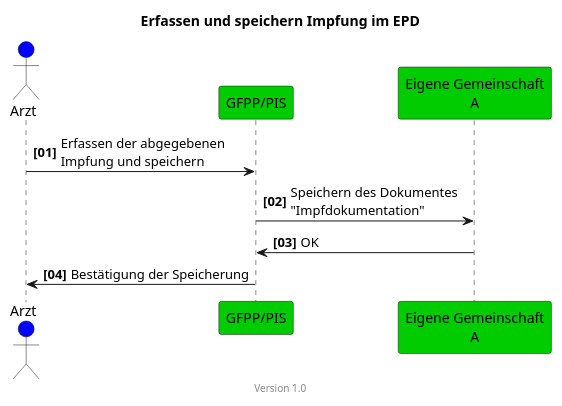
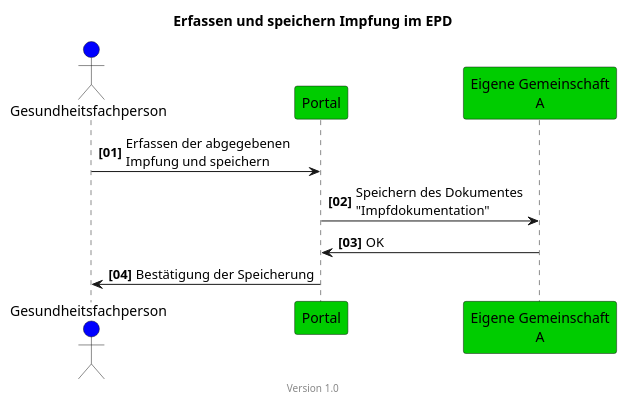
One commit to hl7ch/ch-vacd changed the diagram in input/images-source/epd-immunizationadmin-vaccination-doc-simple-de.plantuml. Above: the diagram before and after it, drawn with PlantUML. The commit also changed 12 other files, not shown here.

```diff
--- a/input/images-source/epd-immunizationadmin-vaccination-doc-simple-de.plantuml
+++ b/input/images-source/epd-immunizationadmin-vaccination-doc-simple-de.plantuml
@@ -1,18 +1,18 @@
 @startuml
 title Erfassen und speichern Impfung im EPD
 footer Version 1.0
 skinparam responseMessageBelowArrow true
 scale max 800 width
 
-actor Arzt #blue
-participant "GFPP/PIS" #00CC00
+actor Gesundheitsfachperson #blue
+participant "Portal" #00CC00
 participant "Eigene Gemeinschaft\nA" #00CC00
 
 autonumber "<b>[00]"
-Arzt -> "GFPP/PIS": Erfassen der abgegebenen \nImpfung und speichern
-"GFPP/PIS" -> "Eigene Gemeinschaft\nA": Speichern des Dokumentes\n"Impfdokumentation"
-"Eigene Gemeinschaft\nA" -> "GFPP/PIS": OK
+Gesundheitsfachperson -> "Portal": Erfassen der abgegebenen \nImpfung und speichern
+"Portal" -> "Eigene Gemeinschaft\nA": Speichern des Dokumentes\n"Impfdokumentation"
+"Eigene Gemeinschaft\nA" -> "Portal": OK
 
-"GFPP/PIS" -> Arzt: Bestätigung der Speicherung
+"Portal" -> Gesundheitsfachperson: Bestätigung der Speicherung
 
 @enduml
```
